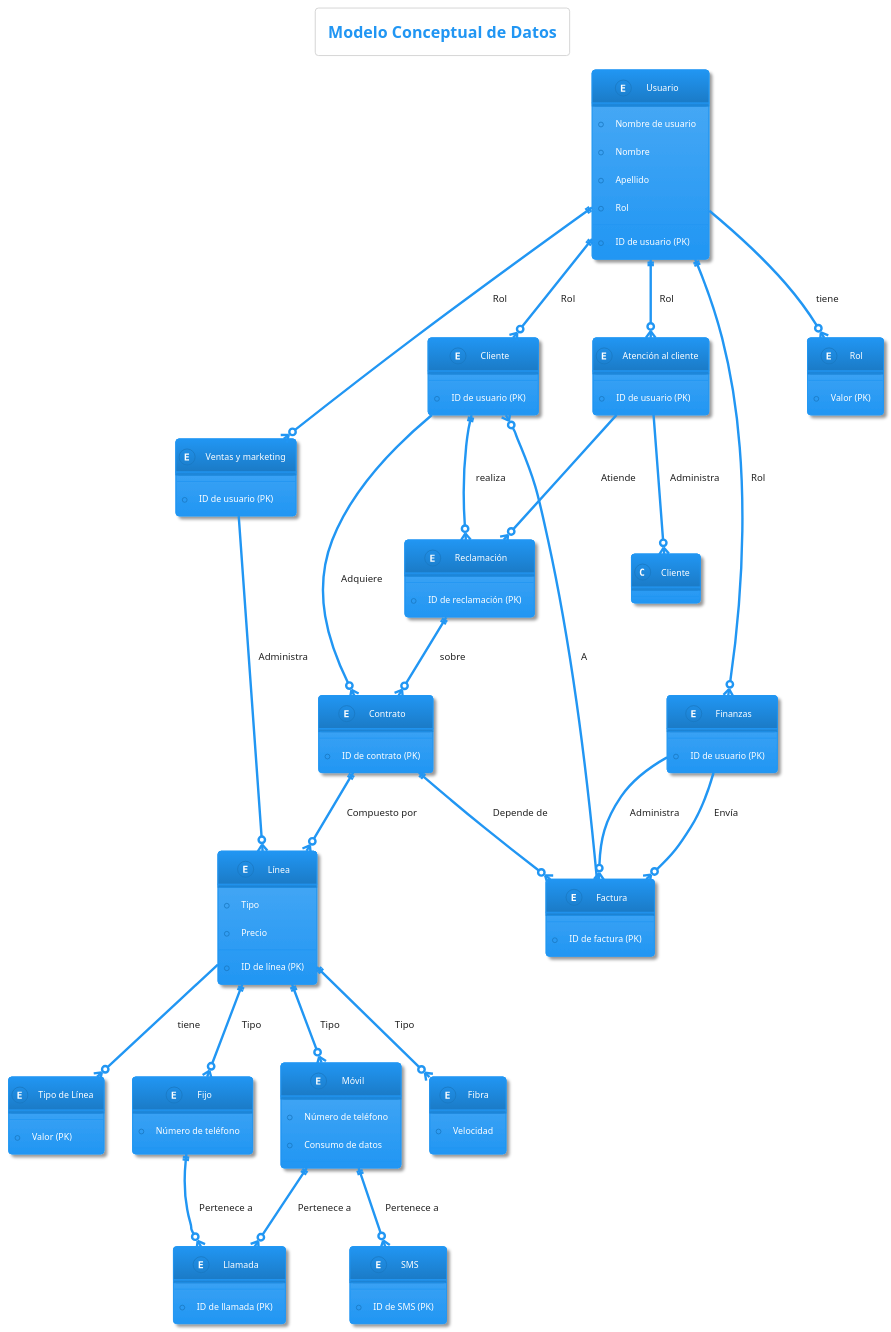
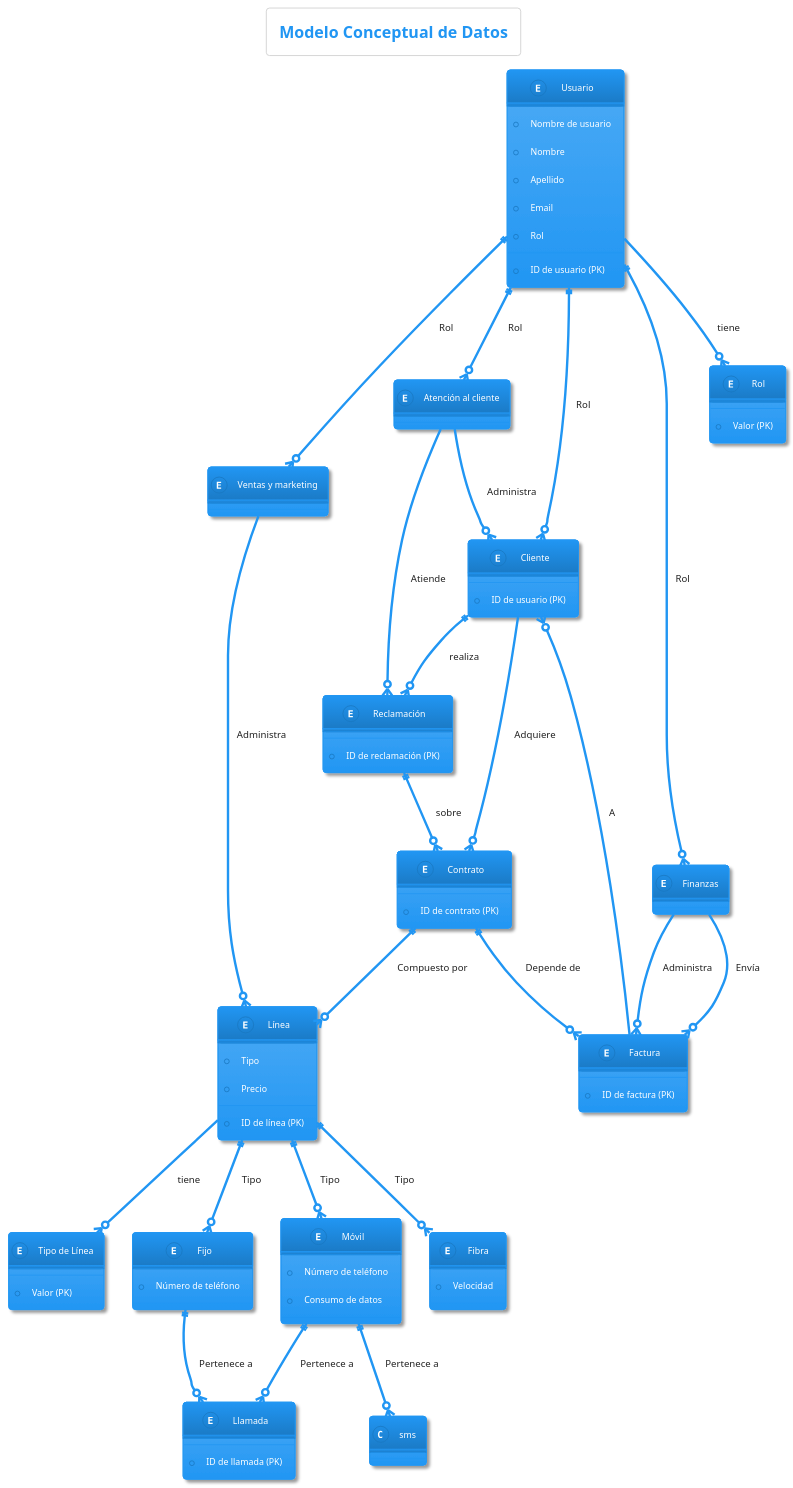
One commit to davidbp10/iw2023-2024-MovilUCA changed the diagram in docs/diagrams/ConceptualDataModel.puml. Above: the diagram before and after it, drawn with PlantUML. The commit also changed 19 other files, not shown here.

```diff
--- a/docs/diagrams/ConceptualDataModel.puml
+++ b/docs/diagrams/ConceptualDataModel.puml
@@ -1,105 +1,100 @@
 @startuml ConceptualDataModel
 title Modelo Conceptual de Datos
 !theme materia
 entity "Usuario" as usuario {
   + ID de usuario (PK)
   + Nombre de usuario
   + Nombre
   + Apellido
+  + Email
   + Rol
 }
 
 entity "Cliente" as cliente {
   + ID de usuario (PK)
 }
 
 entity "Ventas y marketing" as ventasMarketing {
-  + ID de usuario (PK)
 }
 
 entity "Atención al cliente" as atencionCliente {
-  + ID de usuario (PK)
 }
 
 entity "Finanzas" as finanzas {
-  + ID de usuario (PK)
 }
 
 entity "Rol" as rol {
   + Valor (PK)
 }
 
 entity "Contrato" as contrato {
   + ID de contrato (PK)
 }
 
 entity "Línea" as linea {
   + ID de línea (PK)
   + Tipo
   + Precio
 }
 
 entity "Tipo de Línea" as tipoLinea {
   + Valor (PK)
 }
 
 entity "Fijo" as fijo {
   + Número de teléfono
 }
 
 entity "Móvil" as movil {
   + Número de teléfono
   + Consumo de datos
 }
 
 entity "Fibra" as fibra {
   + Velocidad
 }
 
 entity "Factura" as factura {
   + ID de factura (PK)
 }
 
 entity "Llamada" as llamada {
   + ID de llamada (PK)
 }
 
-entity "SMS" as sms {
-  + ID de SMS (PK)
-}
-
 entity "Reclamación" as reclamacion {
   + ID de reclamación (PK)
 }
 
 usuario ||--o{ cliente : Rol
 usuario ||--o{ ventasMarketing : Rol
 usuario ||--o{ atencionCliente : Rol
 usuario ||--o{ finanzas : Rol
+
 
 usuario --o{ rol : tiene
 linea --o{ tipoLinea : tiene
 
 contrato ||--o{ linea : Compuesto por
 
 cliente --o{ contrato : Adquiere
 cliente ||--o{ reclamacion : realiza
 reclamacion ||--o{ contrato: sobre
 
 movil ||--o{ llamada : Pertenece a
 movil ||--o{ sms : Pertenece a
 
 fijo ||--o{ llamada : Pertenece a
 
 ventasMarketing --o{ linea: Administra
-atencionCliente --o{ Cliente: Administra
+atencionCliente --o{ cliente: Administra
 atencionCliente --o{ reclamacion: Atiende
 finanzas --o{ factura: Administra
 finanzas --o{ factura: Envía
 factura --o{ cliente: A
 contrato ||--o{ factura : Depende de
 
 linea ||--o{ fijo : Tipo
 linea ||--o{ movil : Tipo
 linea ||--o{ fibra : Tipo
 @enduml
```
